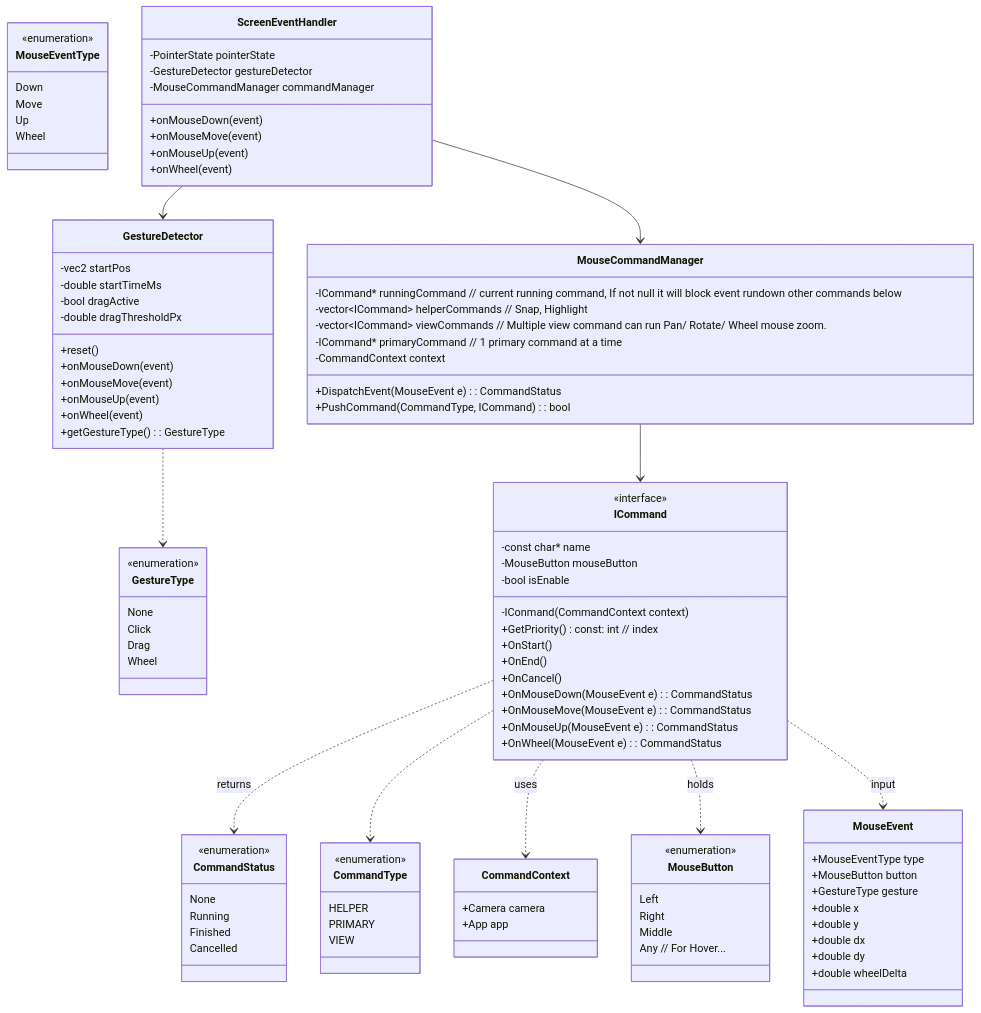
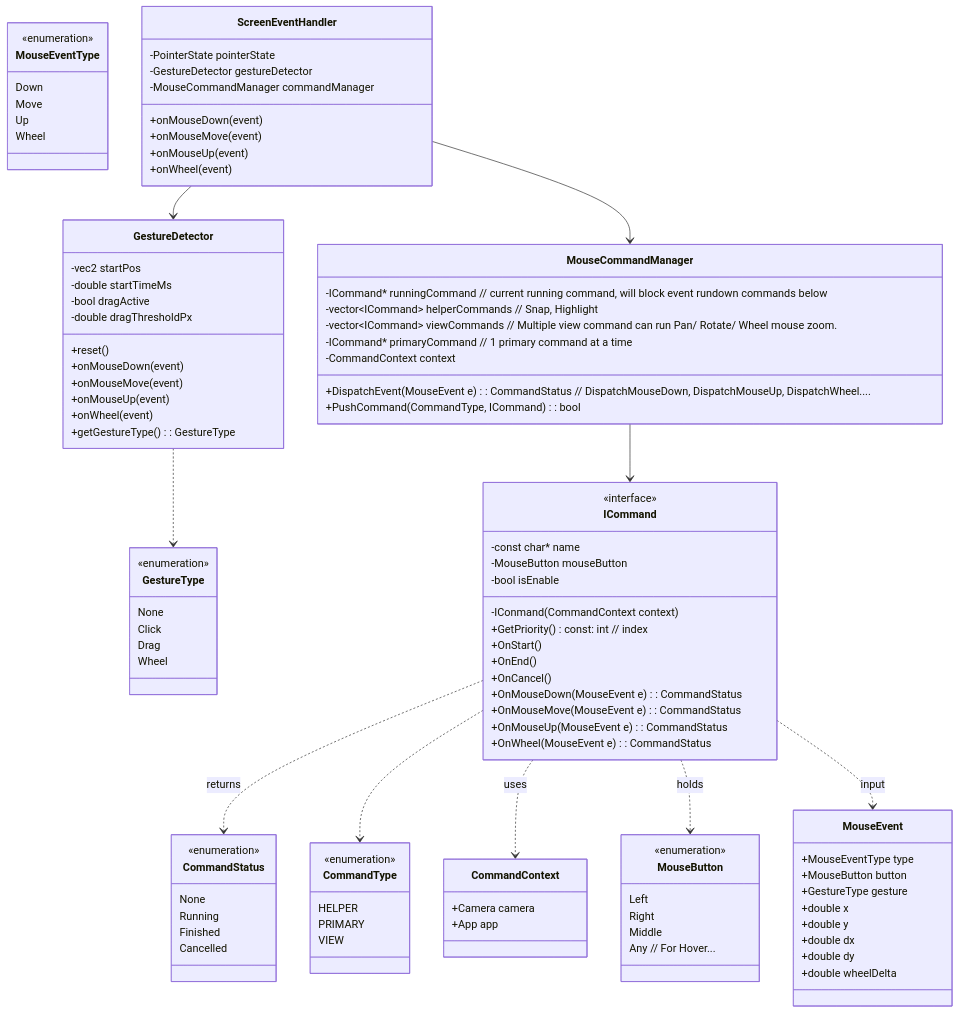
One commit to vfa-khaidt1/vfa-cdn changed the first of 2 diagrams in Final.md. Above: the diagram before and after it, drawn with Mermaid.

```diff
--- a/Final.md
+++ b/Final.md
@@ -107,14 +107,14 @@
 
 
     class MouseCommandManager {
-        -ICommand* runningCommand // current running command, If not null it will block event rundown other commands below
+        -ICommand* runningCommand // current running command, will block event rundown commands below
         -vector~ICommand~ helperCommands // Snap, Highlight
         -vector~ICommand~ viewCommands // Multiple view command can run Pan/ Rotate/ Wheel mouse zoom.
         -ICommand* primaryCommand // 1 primary command at a time
 
         -CommandContext context
 
-        +DispatchEvent(MouseEvent e): CommandStatus
+        +DispatchEvent(MouseEvent e): CommandStatus // DispatchMouseDown, DispatchMouseUp, DispatchWheel....
         +PushCommand(CommandType, ICommand): bool
     }
 
```
